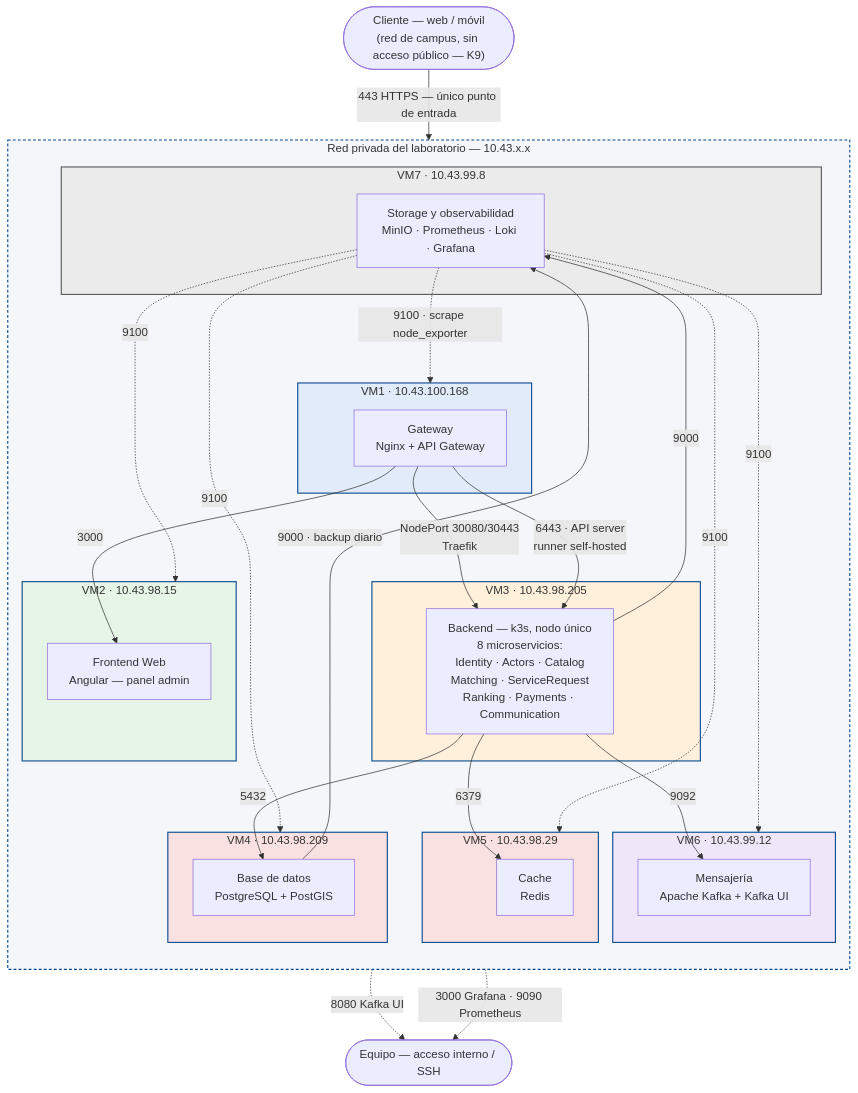
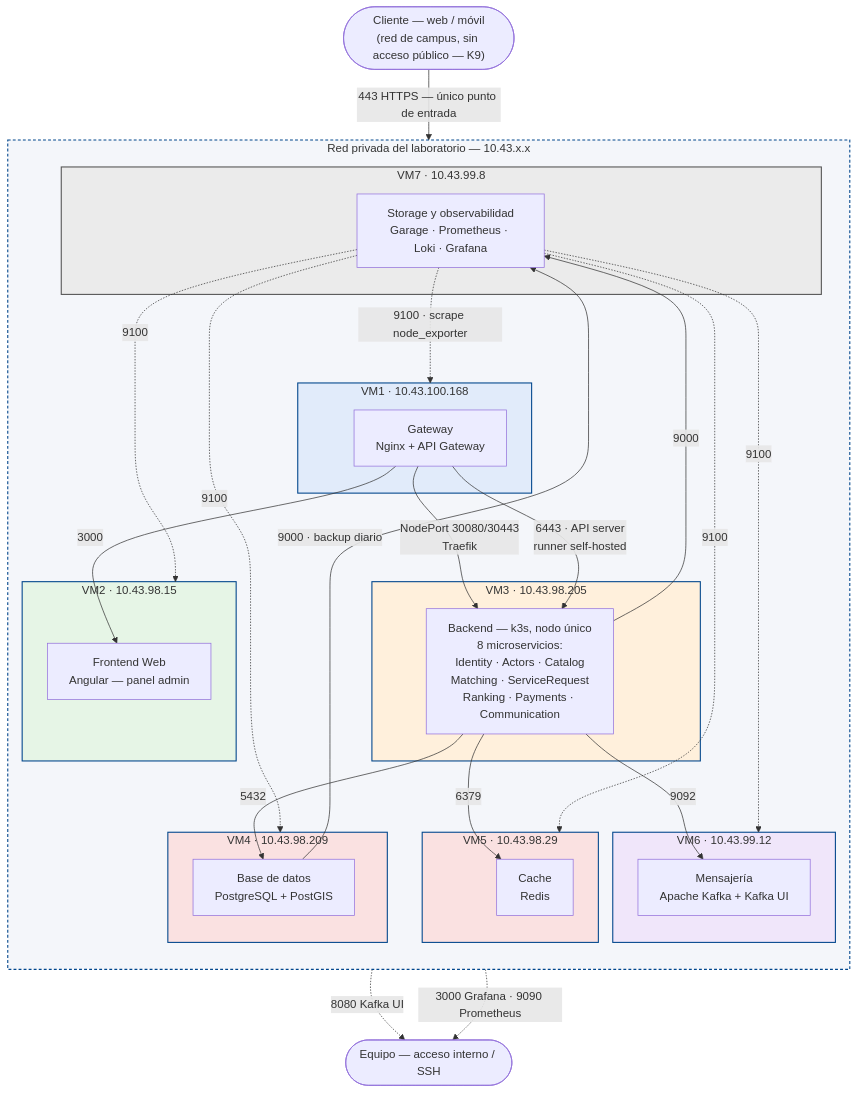
One commit to ARQUI-202630/quickpatch changed the fourth of 8 diagrams in docs/architecture/SDD.md. Above: the diagram before and after it, drawn with Mermaid. The commit also changed other lines of this file and 27 other files, not shown here.

````diff
--- a/docs/architecture/SDD.md
+++ b/docs/architecture/SDD.md
@@ -1161,59 +1161,59 @@
 ```mermaid
 flowchart TB
     CLIENTE(["Cliente — web / móvil<br/>(red de campus, sin acceso público — K9)"])
 
     subgraph LAB["Red privada del laboratorio — 10.43.x.x"]
     direction TB
 
         subgraph VM1N["VM1 · 10.43.100.168"]
             VM1["Gateway<br/>Nginx + API Gateway"]
         end
         subgraph VM2N["VM2 · 10.43.98.15"]
             VM2["Frontend Web<br/>Angular — panel admin"]
         end
         subgraph VM3N["VM3 · 10.43.98.205"]
             VM3["Backend — k3s, nodo único<br/>8 microservicios:<br/>Identity · Actors · Catalog<br/>Matching · ServiceRequest<br/>Ranking · Payments · Communication"]
         end
         subgraph VM4N["VM4 · 10.43.98.209"]
             VM4["Base de datos<br/>PostgreSQL + PostGIS"]
         end
         subgraph VM5N["VM5 · 10.43.98.29"]
             VM5["Cache<br/>Redis"]
         end
         subgraph VM6N["VM6 · 10.43.99.12"]
             VM6["Mensajería<br/>Apache Kafka + Kafka UI"]
         end
         subgraph VM7N["VM7 · 10.43.99.8"]
-            VM7["Storage y observabilidad<br/>MinIO · Prometheus · Loki · Grafana"]
+            VM7["Storage y observabilidad<br/>Garage · Prometheus · Loki · Grafana"]
         end
 
         VM1 -->|"3000"| VM2
         VM1 -->|"NodePort 30080/30443<br/>Traefik"| VM3
         VM1 -->|"6443 · API server<br/>runner self-hosted"| VM3
         VM3 -->|"5432"| VM4
         VM3 -->|"6379"| VM5
         VM3 -->|"9092"| VM6
         VM3 -->|"9000"| VM7
         VM4 -->|"9000 · backup diario"| VM7
         VM7 -.->|"9100 · scrape node_exporter"| VM1N
         VM7 -.->|"9100"| VM2N
         VM7 -.->|"9100"| VM4N
         VM7 -.->|"9100"| VM5N
         VM7 -.->|"9100"| VM6N
     end
 
     CLIENTE -->|"443 HTTPS — único punto de entrada"| VM1
 
     EQUIPO(["Equipo — acceso interno / SSH"])
     VM6 -.->|"8080 Kafka UI"| EQUIPO
     VM7 -.->|"3000 Grafana · 9090 Prometheus"| EQUIPO
 
     style LAB fill:#f4f6fa,stroke:#00468C,stroke-width:1.5px,stroke-dasharray:4 3
     style VM1N fill:#E1EBFA,stroke:#00468C,stroke-width:1.5px
     style VM2N fill:#E6F5E6,stroke:#00468C,stroke-width:1.5px
     style VM3N fill:#FFF0DC,stroke:#00468C,stroke-width:1.5px
     style VM4N fill:#FAE1E1,stroke:#00468C,stroke-width:1.5px
     style VM5N fill:#FAE1E1,stroke:#00468C,stroke-width:1.5px
     style VM6N fill:#F0E6FA,stroke:#00468C,stroke-width:1.5px
     style VM7N fill:#EBEBEB,stroke:#555555,stroke-width:1.5px
 ```
````
